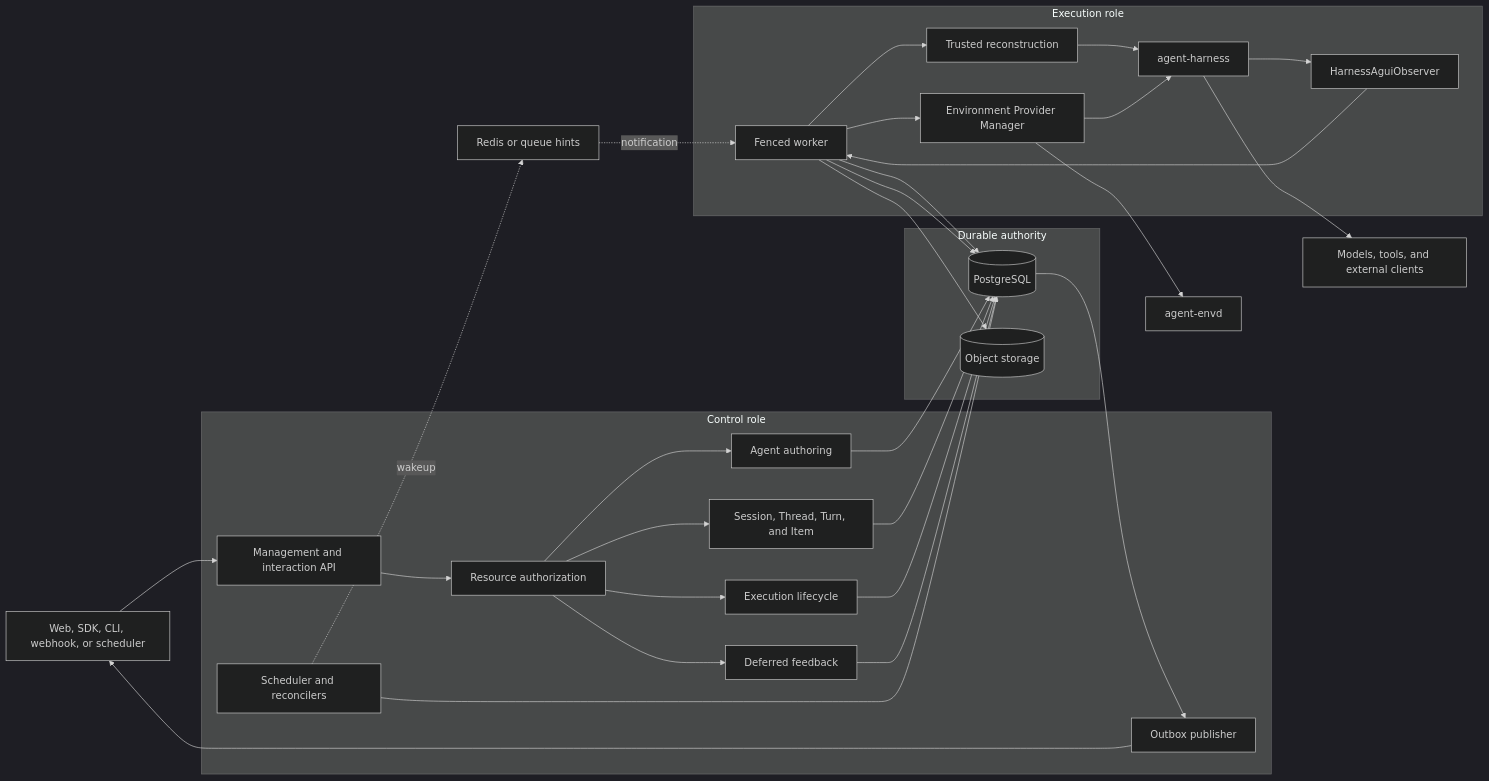
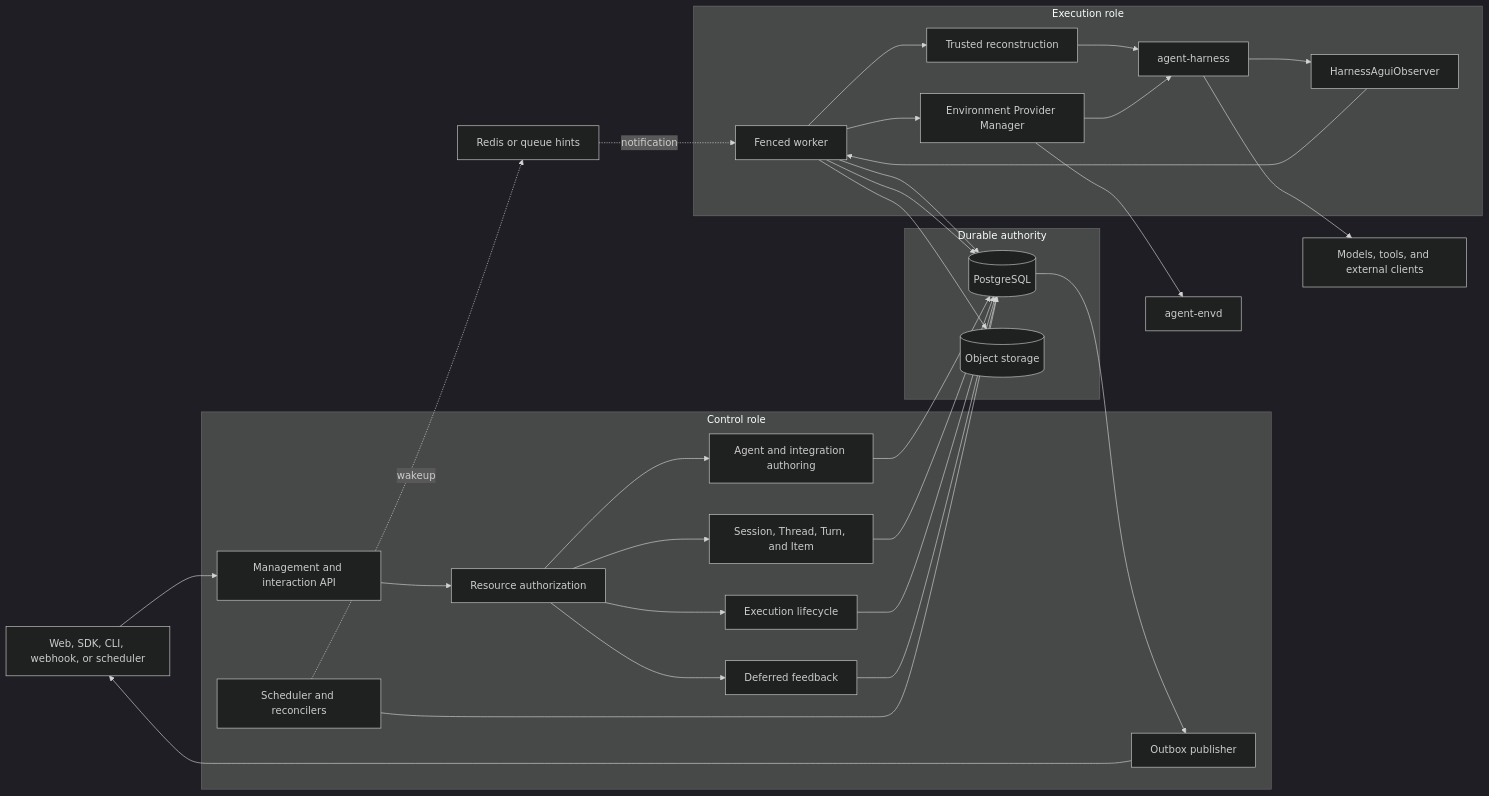
The first of 3 diagrams in spec/foundation-service/00-overview.md (converge-ai-labs/agent-foundation), drawn with Mermaid (dark theme) before and after one commit. The commit also changed other lines of this file and 3 other files, not shown here.

Commit message:
docs(spec): preserve agent authoring boundaries

````diff
--- a/spec/foundation-service/00-overview.md
+++ b/spec/foundation-service/00-overview.md
@@ -13,47 +13,47 @@
 ```mermaid
 flowchart LR
     Client[Web, SDK, CLI, webhook, or scheduler]
 
     subgraph Control[Control role]
         API[Management and interaction API]
         Auth[Resource authorization]
-        Authoring[Agent authoring]
+        Authoring[Agent and integration authoring]
         Interaction[Session, Thread, Turn, and Item]
         Lifecycle[Execution lifecycle]
         Scheduler[Scheduler and reconcilers]
         Feedback[Deferred feedback]
         Publisher[Outbox publisher]
     end
 
     subgraph Durable[Durable authority]
         Database[(PostgreSQL)]
         Objects[(Object storage)]
     end
 
     Coordination[Redis or queue hints]
 
     subgraph WorkerRole[Execution role]
         Worker[Fenced worker]
         Reconstruct[Trusted reconstruction]
         Provider[Environment Provider Manager]
         Observer[HarnessAguiObserver]
         Harness[agent-harness]
     end
 
     Envd[agent-envd]
     External[Models, tools, and external clients]
 
     Client --> API --> Auth
     Auth --> Authoring & Interaction & Lifecycle & Feedback
     Authoring & Interaction & Lifecycle & Feedback --> Database
     Scheduler --> Database
     Scheduler -. wakeup .-> Coordination -. notification .-> Worker
     Worker --> Database
     Worker --> Reconstruct --> Harness
     Worker --> Provider --> Harness
     Provider --> Envd
     Harness --> External
     Harness --> Observer --> Worker
     Worker --> Database & Objects
     Database --> Publisher --> Client
 ```
````
